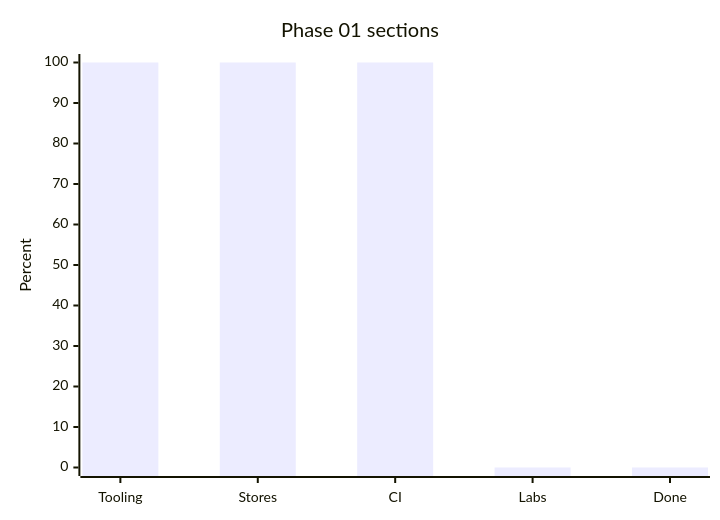
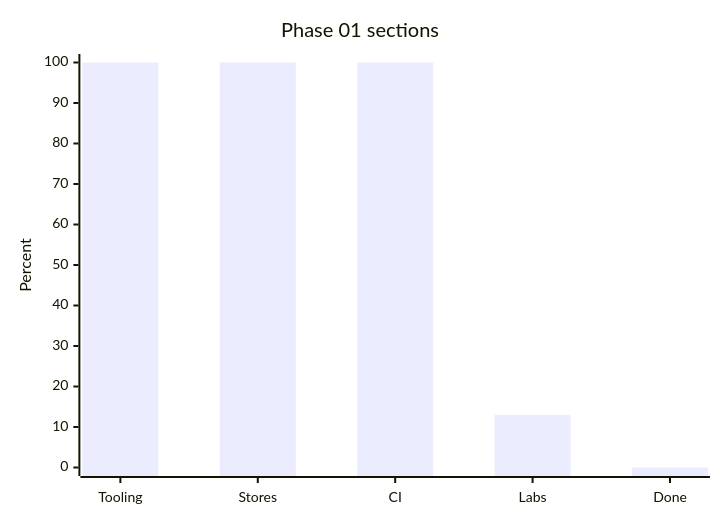
One commit to konradporeba/agents_learning changed the third of 3 diagrams in learning_plan/PROGRESS.md. Above: the diagram before and after it, drawn with Mermaid. The commit also changed other lines of this file and 9 other files, not shown here.

````diff
--- a/learning_plan/PROGRESS.md
+++ b/learning_plan/PROGRESS.md
@@ -48,7 +48,7 @@
 ```mermaid
 xychart-beta
     title "Phase 01 sections"
     x-axis [Tooling, Stores, CI, Labs, Done]
     y-axis "Percent" 0 --> 100
-    bar [100, 100, 100, 0, 0]
+    bar [100, 100, 100, 13, 0]
 ```
````
